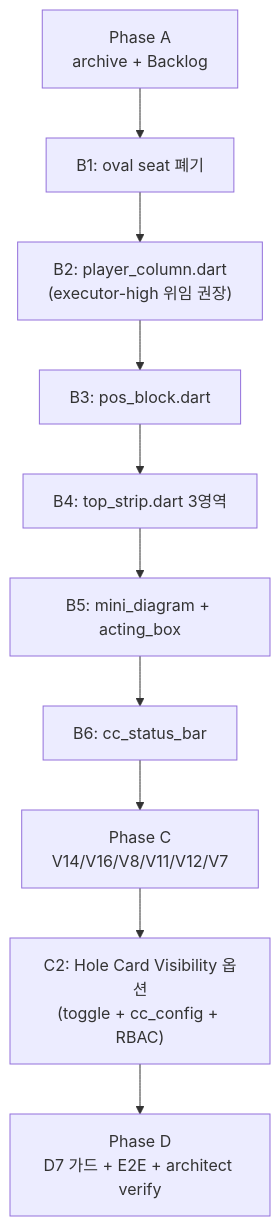
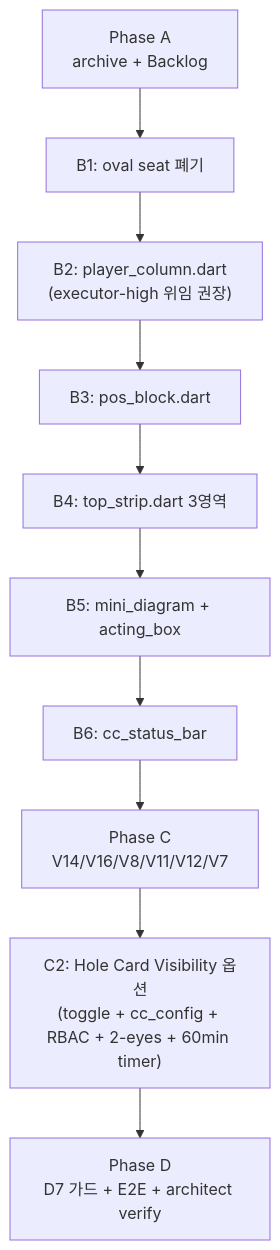
Before and after one commit to garimto81/ebs_github: the seventh of 8 diagrams in docs/1. Product/Command_Center_PRD.md, drawn with Mermaid. The commit also changed other lines of this file, not shown here.

````diff
--- a/docs/1. Product/Command_Center_PRD.md
+++ b/docs/1. Product/Command_Center_PRD.md
@@ -607,12 +616,12 @@
 ```mermaid
 flowchart TD
     PA["Phase A<br/>archive + Backlog"] --> PB1["B1: oval seat 폐기"]
     PB1 --> PB2["B2: player_column.dart<br/>(executor-high 위임 권장)"]
     PB2 --> PB3["B3: pos_block.dart"]
     PB3 --> PB4["B4: top_strip.dart 3영역"]
     PB4 --> PB5["B5: mini_diagram + acting_box"]
     PB5 --> PB6["B6: cc_status_bar"]
     PB6 --> PC["Phase C<br/>V14/V16/V8/V11/V12/V7"]
-    PC --> PC2["C2: Hole Card Visibility 옵션<br/>(toggle + cc_config + RBAC)"]
+    PC --> PC2["C2: Hole Card Visibility 옵션<br/>(toggle + cc_config + RBAC + 2-eyes + 60min timer)"]
     PC2 --> PD["Phase D<br/>D7 가드 + E2E + architect verify"]
 ```
````
